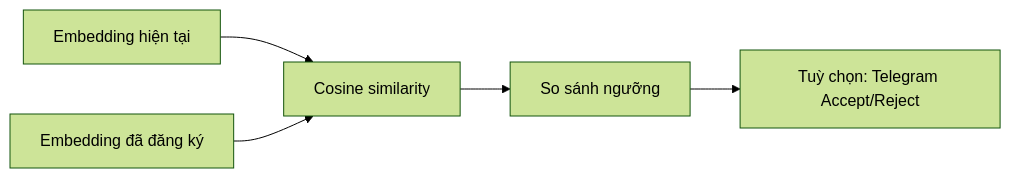
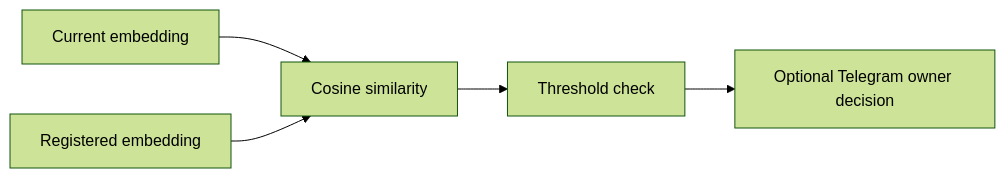
One commit to CrissNguyenKhanh/AI-DRIVER-MONITORING-SYSTEM-DMS changed the seventh of 8 diagrams in README.md. Above: the diagram before and after it, drawn with Mermaid (forest theme). The commit also changed other lines of this file, not shown here.

````diff
--- a/README.md
+++ b/README.md
@@ -184,7 +163,7 @@
 ```mermaid
 flowchart LR
-  E1["Embedding hiện tại"] --> COS["Cosine similarity"]
-  E2["Embedding đã đăng ký"] --> COS
-  COS --> CMP["So sánh ngưỡng"]
-  CMP --> TG["Tuỳ chọn: Telegram Accept/Reject"]
+  E1[Current embedding] --> COS[Cosine similarity]
+  E2[Registered embedding] --> COS
+  COS --> T[Threshold check]
+  T --> TG[Optional Telegram owner decision]
 ```
````
